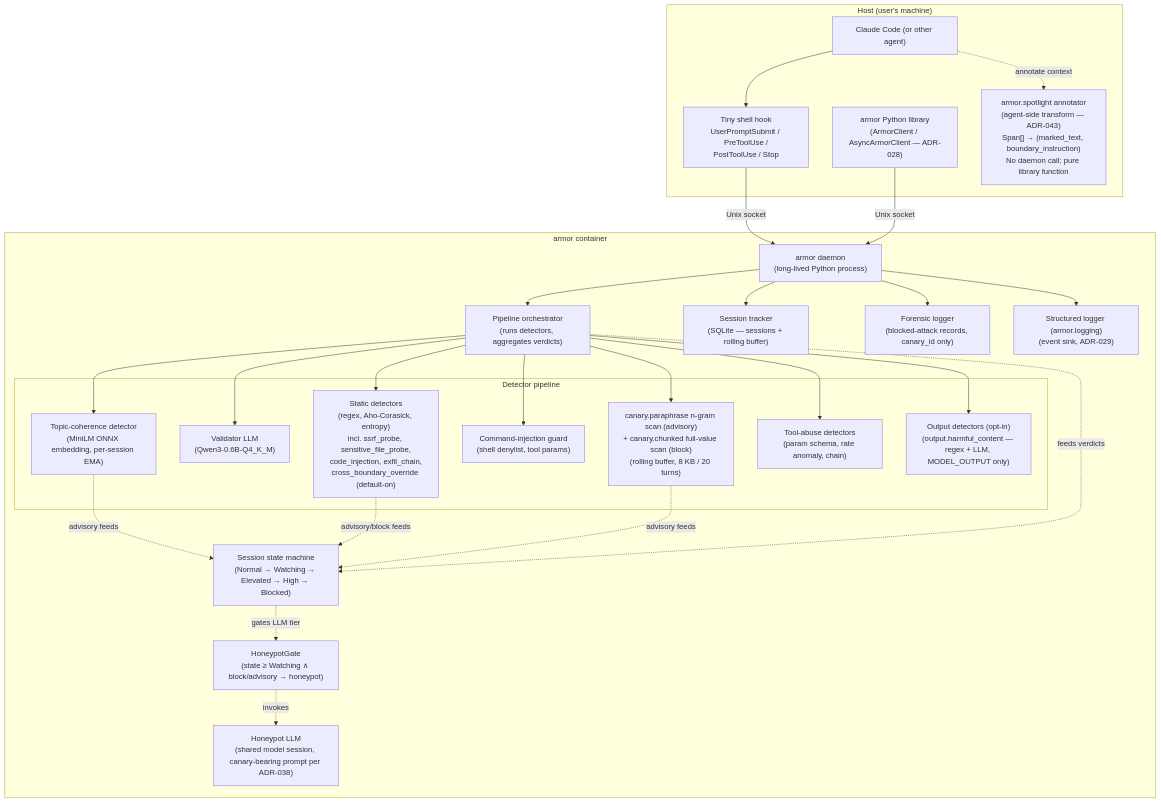
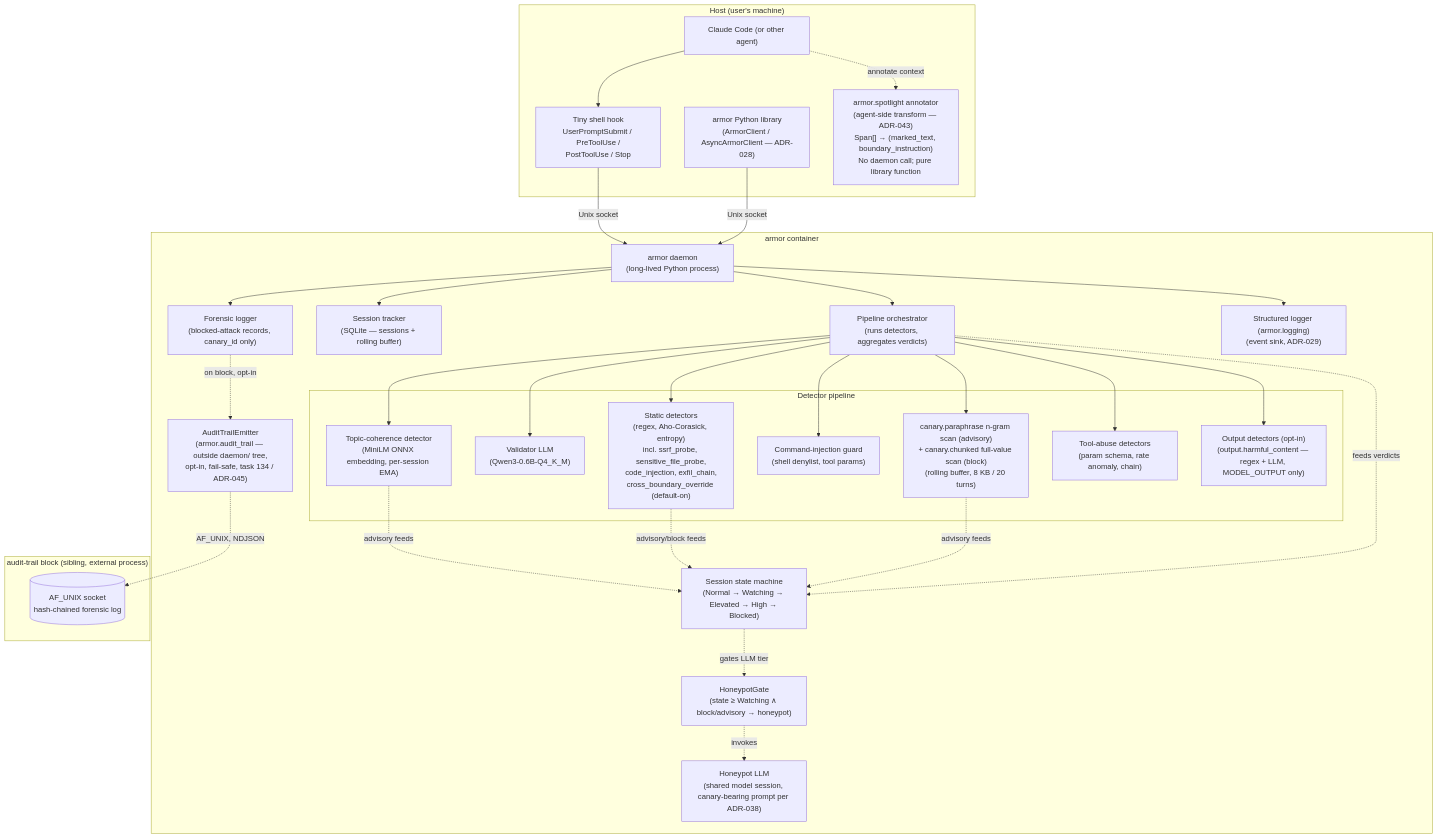
The second of 9 diagrams in docs/architecture/diagrams.md (tkdtaylor/armor), drawn with Mermaid before and after one commit. The commit also changed other lines of this file and 9 other files, not shown here.

First line of the commit message:
feat: complete task 134 — emit incidents to audit-trail

````diff
--- a/docs/architecture/diagrams.md
+++ b/docs/architecture/diagrams.md
@@ -60,55 +60,62 @@
 ```mermaid
 flowchart TB
     subgraph Host["Host (user's machine)"]
         CC["Claude Code (or other agent)"]
         Hook["Tiny shell hook<br/>UserPromptSubmit / PreToolUse /<br/>PostToolUse / Stop"]
         Lib["armor Python library<br/>(ArmorClient / AsyncArmorClient — ADR-028)"]
         Spotlight["armor.spotlight annotator<br/>(agent-side transform — ADR-043)<br/>Span[] → (marked_text, boundary_instruction)<br/>No daemon call; pure library function"]
     end
 
     subgraph Container["armor container"]
         Daemon["armor daemon<br/>(long-lived Python process)"]
 
         PipelineOrch["Pipeline orchestrator<br/>(runs detectors, aggregates verdicts)"]
 
         subgraph Detectors["Detector pipeline"]
             Static["Static detectors<br/>(regex, Aho-Corasick, entropy)<br/>incl. ssrf_probe, sensitive_file_probe,<br/>code_injection, exfil_chain,<br/>cross_boundary_override (default-on)"]
             Validator["Validator LLM<br/>(Qwen3-0.6B-Q4_K_M)"]
             Topic["Topic-coherence detector<br/>(MiniLM ONNX embedding, per-session EMA)"]
             CmdGuard["Command-injection guard<br/>(shell denylist, tool params)"]
             Rolling["canary.paraphrase n-gram scan (advisory)<br/>+ canary.chunked full-value scan (block)<br/>(rolling buffer, 8 KB / 20 turns)"]
             ToolAbuse["Tool-abuse detectors<br/>(param schema, rate anomaly, chain)"]
             OutputOpt["Output detectors (opt-in)<br/>(output.harmful_content — regex + LLM, MODEL_OUTPUT only)"]
         end
 
         HoneypotGate["HoneypotGate<br/>(state ≥ Watching ∧ block/advisory → honeypot)"]
 
         FSM["Session state machine<br/>(Normal → Watching → Elevated → High → Blocked)"]
         Session["Session tracker<br/>(SQLite — sessions + rolling buffer)"]
         Forensic["Forensic logger<br/>(blocked-attack records, canary_id only)"]
         Honeypot["Honeypot LLM<br/>(shared model session, canary-bearing prompt per ADR-038)"]
         Logger["Structured logger (armor.logging)<br/>(event sink, ADR-029)"]
+        AuditEmit["AuditTrailEmitter<br/>(armor.audit_trail — outside daemon/ tree,<br/>opt-in, fail-safe, task 134 / ADR-045)"]
+    end
+
+    subgraph AuditTrail["audit-trail block (sibling, external process)"]
+        AuditSock[("AF_UNIX socket<br/>hash-chained forensic log")]
     end
 
     CC --> Hook
     CC -.annotate context.-> Spotlight
     Hook -->|Unix socket| Daemon
     Lib -->|Unix socket| Daemon
     Daemon --> PipelineOrch
     PipelineOrch --> Static
     PipelineOrch --> Validator
     PipelineOrch --> Topic
     PipelineOrch --> CmdGuard
     PipelineOrch --> Rolling
     PipelineOrch --> ToolAbuse
     PipelineOrch --> OutputOpt
     HoneypotGate -.invokes.-> Honeypot
     Topic -.advisory feeds.-> FSM
     Static -.advisory/block feeds.-> FSM
     Rolling -.advisory feeds.-> FSM
     FSM -.gates LLM tier.-> HoneypotGate
     Daemon --> Session
     Daemon --> Forensic
     Daemon --> Logger
+    Forensic -.on block, opt-in.-> AuditEmit
+    AuditEmit -.AF_UNIX, NDJSON.-> AuditSock
     PipelineOrch -.feeds verdicts.-> FSM
 ```
````
